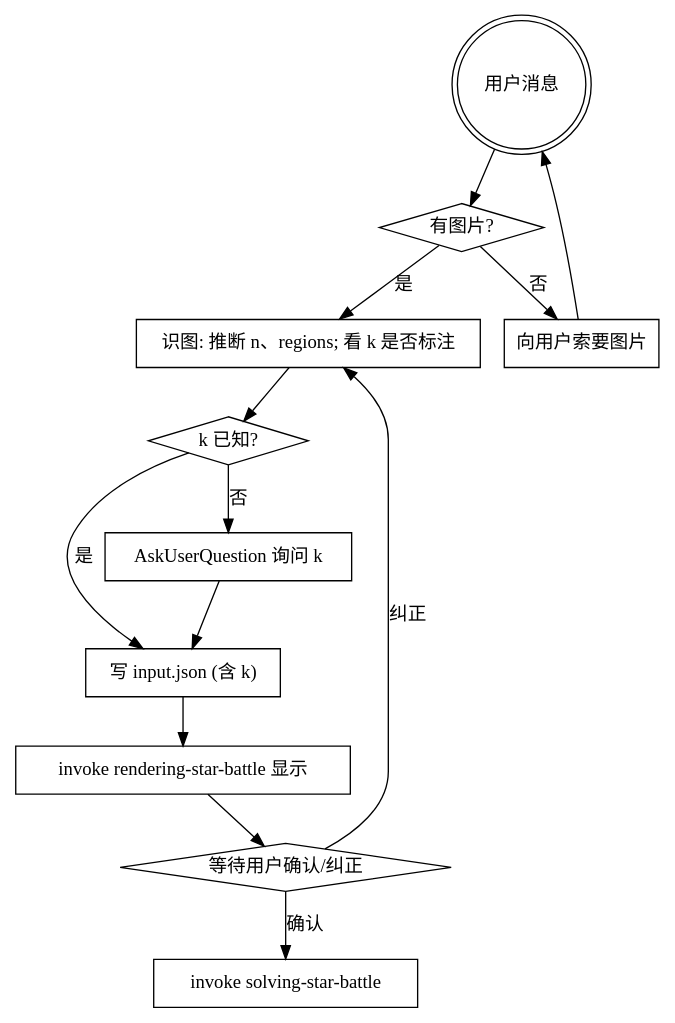
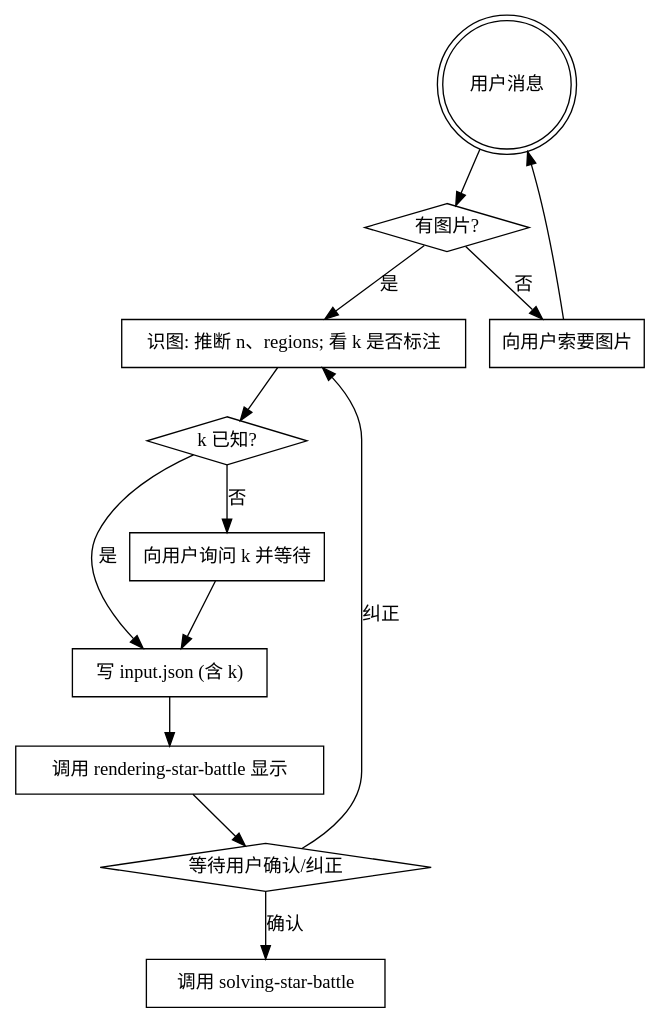
One commit to HakurouKen/puzzle-solver changed the diagram in packages/star-battle/skills/decoding-star-battle/SKILL.md. Above: the diagram before and after it, drawn with Graphviz. The commit also changed other lines of this file and 41 other files, not shown here.

````diff
--- a/packages/star-battle/skills/decoding-star-battle/SKILL.md
+++ b/packages/star-battle/skills/decoding-star-battle/SKILL.md
@@ -12,25 +12,25 @@
 ```dot
 digraph flow {
     "用户消息" [shape=doublecircle];
     "有图片?" [shape=diamond];
     "向用户索要图片" [shape=box];
     "识图: 推断 n、regions; 看 k 是否标注" [shape=box];
     "k 已知?" [shape=diamond];
-    "AskUserQuestion 询问 k" [shape=box];
+    "向用户询问 k 并等待" [shape=box];
     "写 input.json (含 k)" [shape=box];
-    "invoke rendering-star-battle 显示" [shape=box];
+    "调用 rendering-star-battle 显示" [shape=box];
     "等待用户确认/纠正" [shape=diamond];
-    "invoke solving-star-battle" [shape=box];
+    "调用 solving-star-battle" [shape=box];
     "用户消息" -> "有图片?";
     "有图片?" -> "识图: 推断 n、regions; 看 k 是否标注" [label="是"];
     "有图片?" -> "向用户索要图片" [label="否"];
     "向用户索要图片" -> "用户消息";
     "识图: 推断 n、regions; 看 k 是否标注" -> "k 已知?";
     "k 已知?" -> "写 input.json (含 k)" [label="是"];
-    "k 已知?" -> "AskUserQuestion 询问 k" [label="否"];
-    "AskUserQuestion 询问 k" -> "写 input.json (含 k)";
-    "写 input.json (含 k)" -> "invoke rendering-star-battle 显示" -> "等待用户确认/纠正";
-    "等待用户确认/纠正" -> "invoke solving-star-battle" [label="确认"];
+    "k 已知?" -> "向用户询问 k 并等待" [label="否"];
+    "向用户询问 k 并等待" -> "写 input.json (含 k)";
+    "写 input.json (含 k)" -> "调用 rendering-star-battle 显示" -> "等待用户确认/纠正";
+    "等待用户确认/纠正" -> "调用 solving-star-battle" [label="确认"];
     "等待用户确认/纠正" -> "识图: 推断 n、regions; 看 k 是否标注" [label="纠正"];
 }
 ```
````
